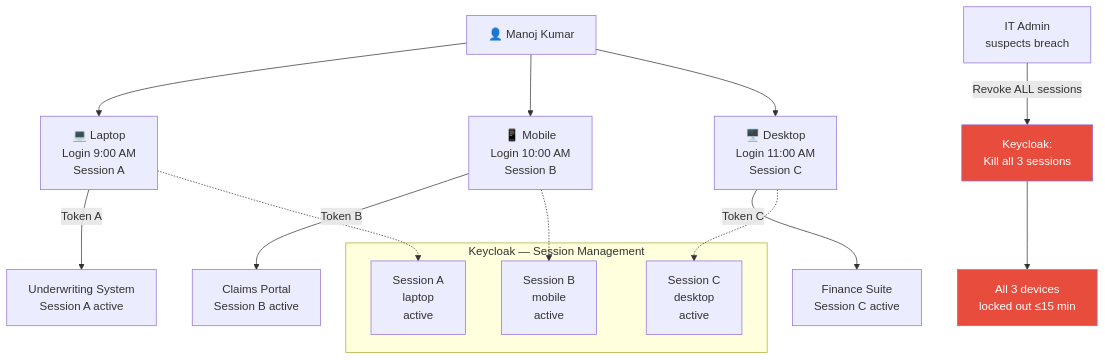
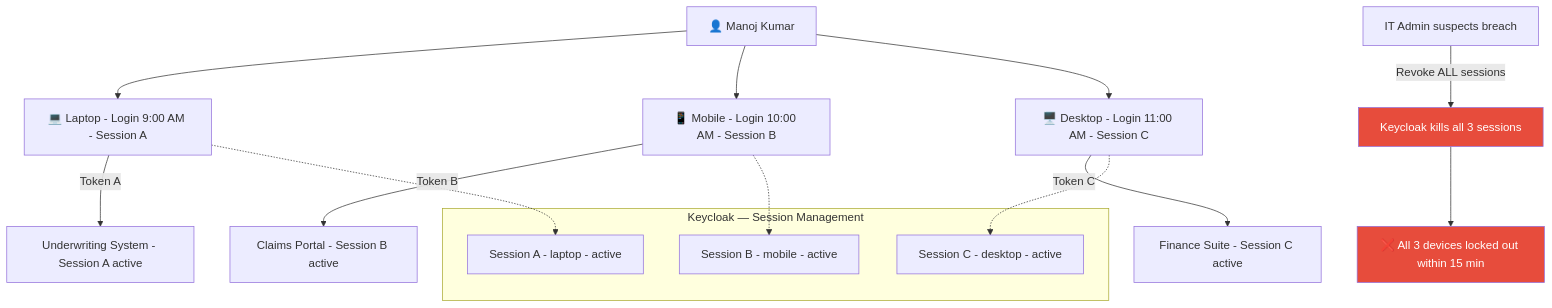
One commit to Mannokuruba/sso-keyclock changed diagram 16 of 21 in docs/INSURANCE-SSO-DESIGN.md. Above: the diagram before and after it, drawn with Mermaid. The commit also changed other lines of this file, not shown here.

Commit message:
fix: resolve Mermaid parse errors in insurance SSO diagrams

````diff
--- a/docs/INSURANCE-SSO-DESIGN.md
+++ b/docs/INSURANCE-SSO-DESIGN.md
@@ -686,26 +671,26 @@
 ```mermaid
 flowchart TD
-    USER[👤 Manoj Kumar] --> DEV1[💻 Laptop\nLogin 9:00 AM\nSession A]
-    USER --> DEV2[📱 Mobile\nLogin 10:00 AM\nSession B]
-    USER --> DEV3[🖥️ Desktop\nLogin 11:00 AM\nSession C]
+    USER["👤 Manoj Kumar"] --> DEV1["💻 Laptop - Login 9:00 AM - Session A"]
+    USER --> DEV2["📱 Mobile - Login 10:00 AM - Session B"]
+    USER --> DEV3["🖥️ Desktop - Login 11:00 AM - Session C"]
 
-    DEV1 -->|Token A| APPS1[Underwriting System\nSession A active]
-    DEV2 -->|Token B| APPS2[Claims Portal\nSession B active]
-    DEV3 -->|Token C| APPS3[Finance Suite\nSession C active]
+    DEV1 -->|Token A| APPS1["Underwriting System - Session A active"]
+    DEV2 -->|Token B| APPS2["Claims Portal - Session B active"]
+    DEV3 -->|Token C| APPS3["Finance Suite - Session C active"]
 
     subgraph KEYCLOAK["Keycloak — Session Management"]
-        S1[Session A\nlaptop\nactive]
-        S2[Session B\nmobile\nactive]
-        S3[Session C\ndesktop\nactive]
+        S1["Session A - laptop - active"]
+        S2["Session B - mobile - active"]
+        S3["Session C - desktop - active"]
     end
 
     DEV1 -.-> S1
     DEV2 -.-> S2
     DEV3 -.-> S3
 
-    ADMIN[IT Admin\nsuspects breach] -->|Revoke ALL sessions| KC_KILL[Keycloak:\nKill all 3 sessions]
-    KC_KILL --> DENIED[All 3 devices\nlocked out ≤15 min]
+    ADMIN["IT Admin suspects breach"] -->|Revoke ALL sessions| KC_KILL["Keycloak kills all 3 sessions"]
+    KC_KILL --> DENIED["❌ All 3 devices locked out within 15 min"]
 
     style DENIED fill:#e74c3c,color:#fff
     style KC_KILL fill:#e74c3c,color:#fff
 ```
````
